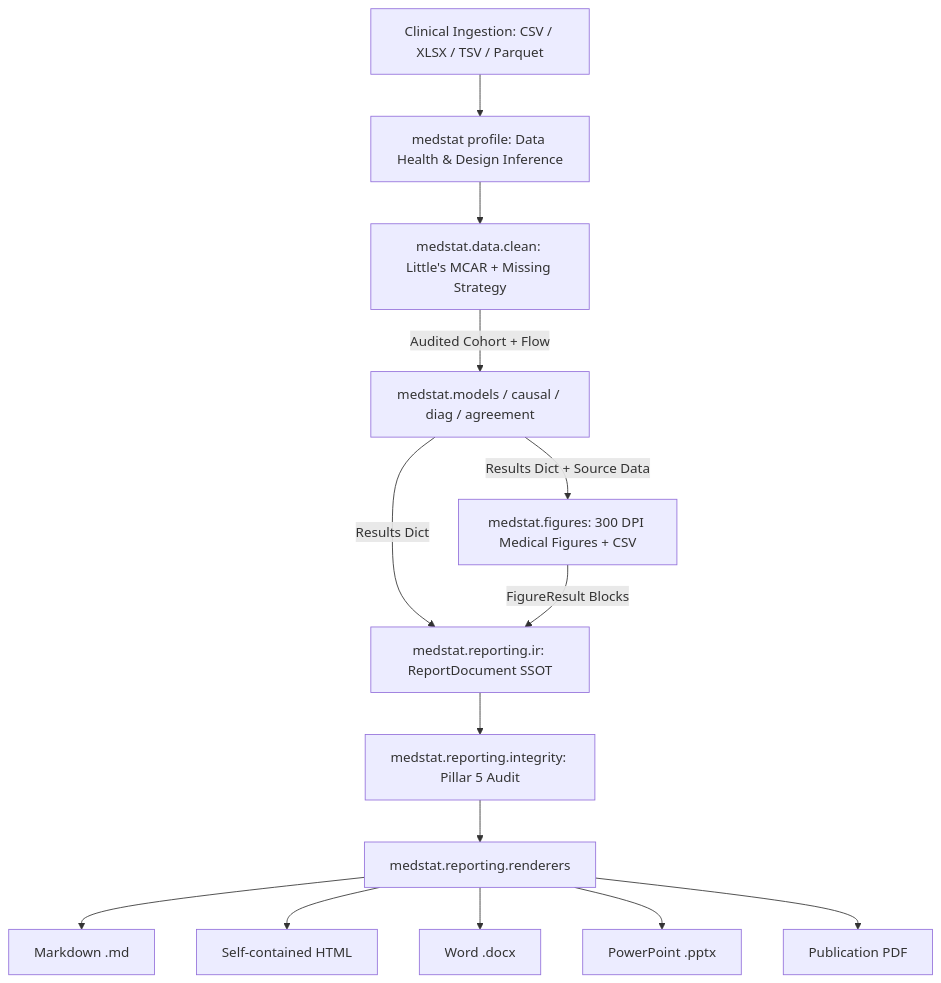
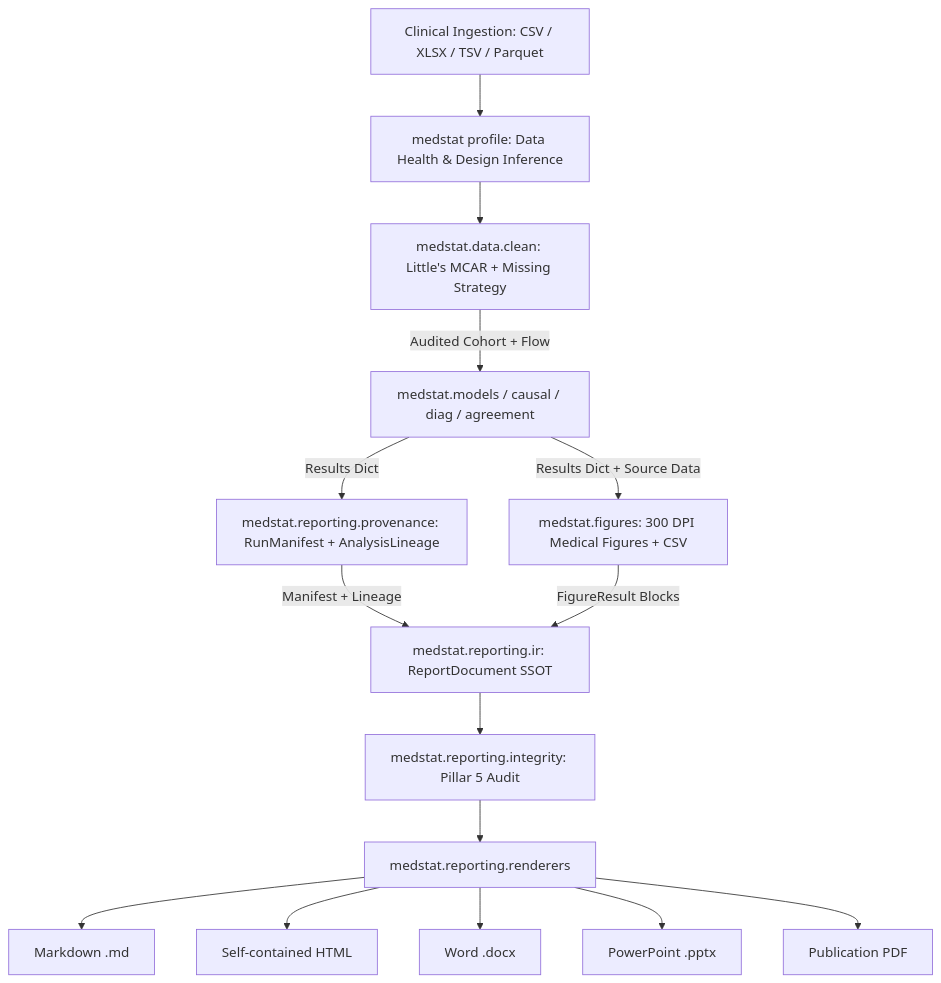
Before and after one commit to NTWKKM/shinystat-skills: the diagram in ARCHITECTURE.md, drawn with Mermaid. The commit also changed other lines of this file and 22 other files, not shown here.

First line of the commit message:
feat(reporting): add RunManifest, AnalysisLineage, and Gate #7 (ADR 87) (#33)

````diff
--- a/ARCHITECTURE.md
+++ b/ARCHITECTURE.md
@@ -131,16 +132,17 @@
 ```mermaid
 flowchart TD
     Data[Clinical Ingestion: CSV / XLSX / TSV / Parquet] --> Profile[medstat profile: Data Health & Design Inference]
     Profile --> Clean[medstat.data.clean: Little's MCAR + Missing Strategy]
     Clean -->|Audited Cohort + Flow| Model[medstat.models / causal / diag / agreement]
     Model -->|Results Dict + Source Data| Figures[medstat.figures: 300 DPI Medical Figures + CSV]
-    Model -->|Results Dict| IR[medstat.reporting.ir: ReportDocument SSOT]
+    Model -->|Results Dict| Provenance[medstat.reporting.provenance: RunManifest + AnalysisLineage]
+    Provenance -->|Manifest + Lineage| IR[medstat.reporting.ir: ReportDocument SSOT]
     Figures -->|FigureResult Blocks| IR
     IR --> Integrity[medstat.reporting.integrity: Pillar 5 Audit]
     Integrity --> Renderers[medstat.reporting.renderers]
     Renderers --> MD[Markdown .md]
     Renderers --> HTML[Self-contained HTML]
     Renderers --> DOCX[Word .docx]
     Renderers --> PPTX[PowerPoint .pptx]
     Renderers --> PDF[Publication PDF]
 ```
````
